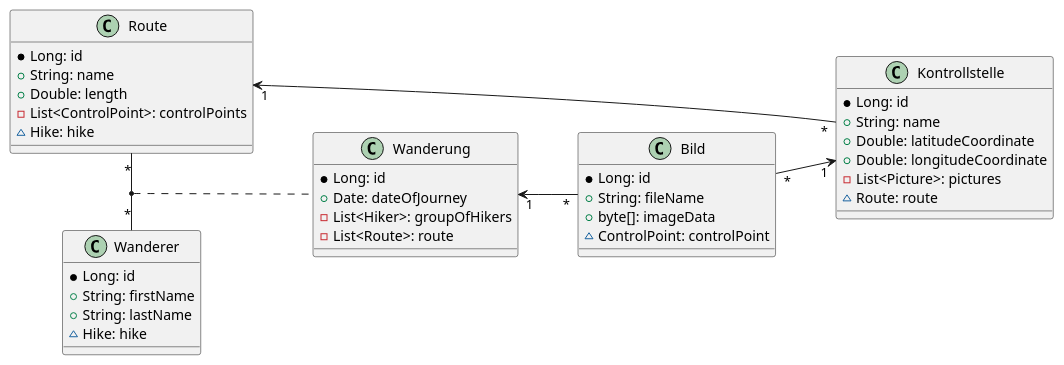
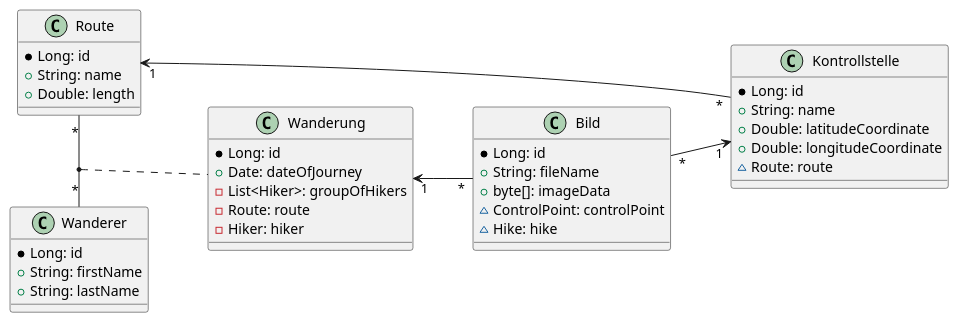
The diagram in asciidocs/plantuml/uml.puml (htl-leonding-project/primeval-forest-route), drawn with PlantUML before and after one commit.

Commit message:
kalinke - uml diagram updated

```diff
--- a/asciidocs/plantuml/uml.puml
+++ b/asciidocs/plantuml/uml.puml
@@ -1,50 +1,48 @@
 @startuml
 left to right direction
 class Kontrollstelle {
     * Long: id
     + String: name
     + Double: latitudeCoordinate
     + Double: longitudeCoordinate
-    - List<Picture>: pictures
     ~ Route: route
 }
 
 class Route {
     * Long: id
     + String: name
     + Double: length
-    - List<ControlPoint>: controlPoints
-    ~ Hike: hike
 }
 
 class Wanderung {
     * Long: id
     + Date: dateOfJourney
     - List<Hiker>: groupOfHikers
-    - List<Route>: route
+    - Route: route
+    - Hiker: hiker
 }
 
 class Wanderer {
     * Long: id
     + String: firstName
     + String: lastName
-    ~ Hike: hike
 }
 
 class Bild {
     * Long: id
     + String: fileName
     + byte[]: imageData
     ~ ControlPoint: controlPoint
+    ~ Hike: hike
 }
 
 Bild "*" --> "1" Kontrollstelle
 
 Kontrollstelle "*" --> "1" Route
 
 Route "*" - "*" Wanderer
 (Route, Wanderer) .. Wanderung
 
 
 Wanderung "1" <-- "*" Bild
 @enduml
```
